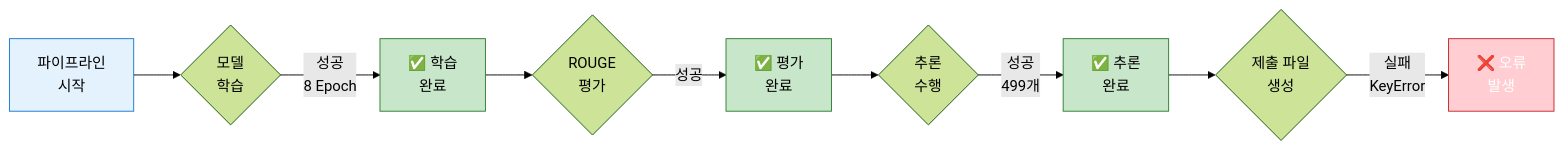
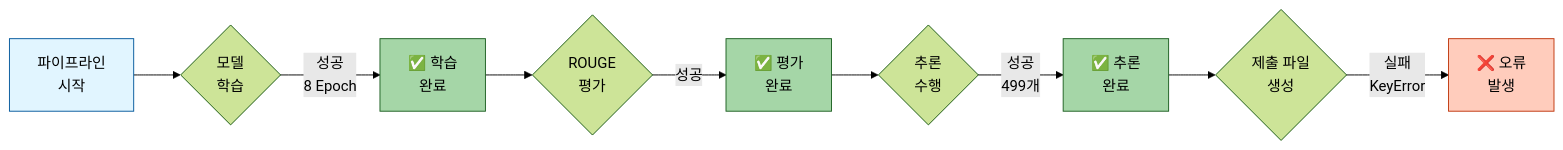
One commit to AIBootcamp14/naturallanguageprocessingcompetition-nlp-1 changed the third of 15 diagrams in docs/experiments/20251013_111525_strategy1_kobart_optimized_실험분석.md. Above: the diagram before and after it, drawn with Mermaid (forest theme). The commit also changed other lines of this file and 1 other file, not shown here.

Commit message:
docs: 실험 분석 문서 mermaid 시각화 및 스타일 가이드 추가   - 기존 실험 분석 문서의 모든 mermaid 다이어그램 색상 표준화   - ROUGE 점수 비교, 훈련 시간 분석 등 7개 수치 시각화 추가   - 실험 문서 작성을 위한 종합 스타일 가이드 문서 생성   - experiments_style.md를 gitignore 예외 규칙에 추가

````diff
--- a/docs/experiments/20251013_111525_strategy1_kobart_optimized_실험분석.md
+++ b/docs/experiments/20251013_111525_strategy1_kobart_optimized_실험분석.md
@@ -104,17 +104,17 @@
 ```mermaid
 graph LR
     A[파이프라인<br/>시작] --> B{모델<br/>학습}
     B -->|성공<br/>8 Epoch| C[✅ 학습<br/>완료]
     C --> D{ROUGE<br/>평가}
     D -->|성공| E[✅ 평가<br/>완료]
     E --> F{추론<br/>수행}
     F -->|성공<br/>499개| G[✅ 추론<br/>완료]
     G --> H{제출 파일<br/>생성}
     H -->|실패<br/>KeyError| I[❌ 오류<br/>발생]
 
-    style A fill:#e3f2fd,stroke:#1976d2,color:#000
-    style C fill:#c8e6c9,stroke:#2e7d32,color:#000
-    style E fill:#c8e6c9,stroke:#2e7d32,color:#000
-    style G fill:#c8e6c9,stroke:#2e7d32,color:#000
-    style I fill:#ffcdd2,stroke:#c62828,color:#fff
+    style A fill:#e1f5ff,stroke:#01579b,color:#000
+    style C fill:#a5d6a7,stroke:#1b5e20,color:#000
+    style E fill:#a5d6a7,stroke:#1b5e20,color:#000
+    style G fill:#a5d6a7,stroke:#1b5e20,color:#000
+    style I fill:#ffccbc,stroke:#bf360c,color:#000
 ```
````
